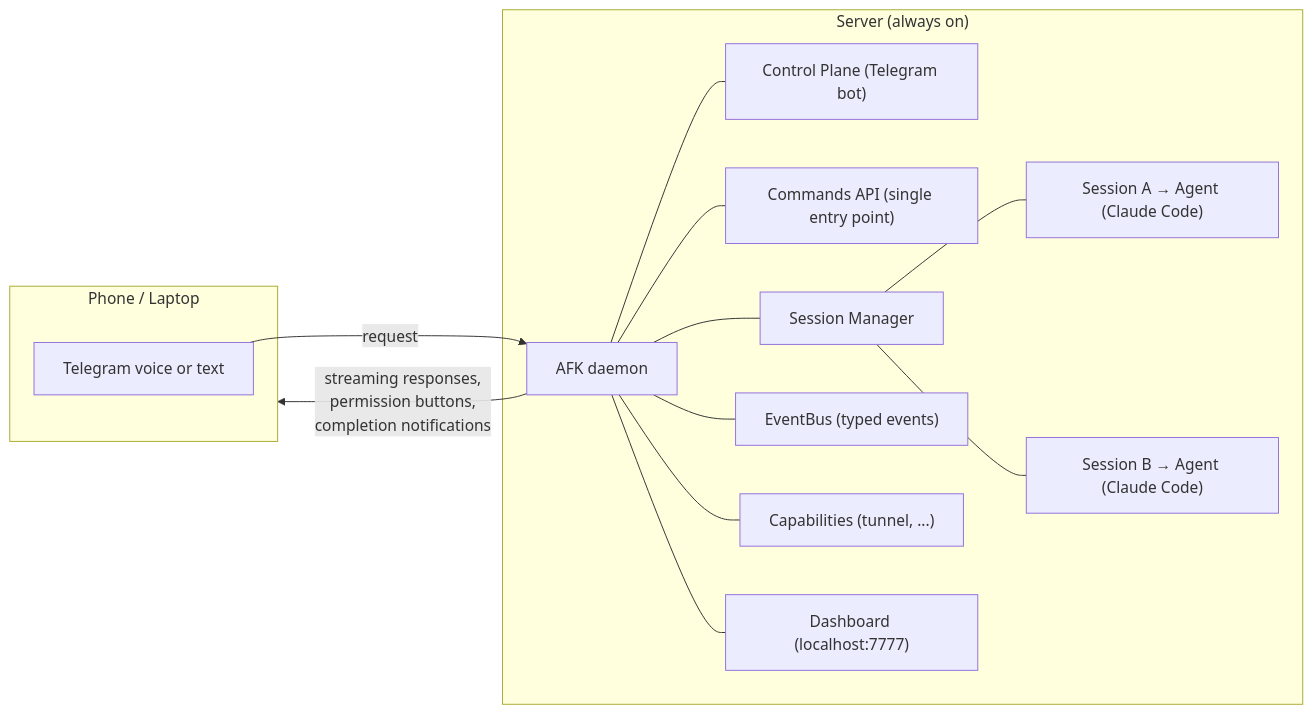
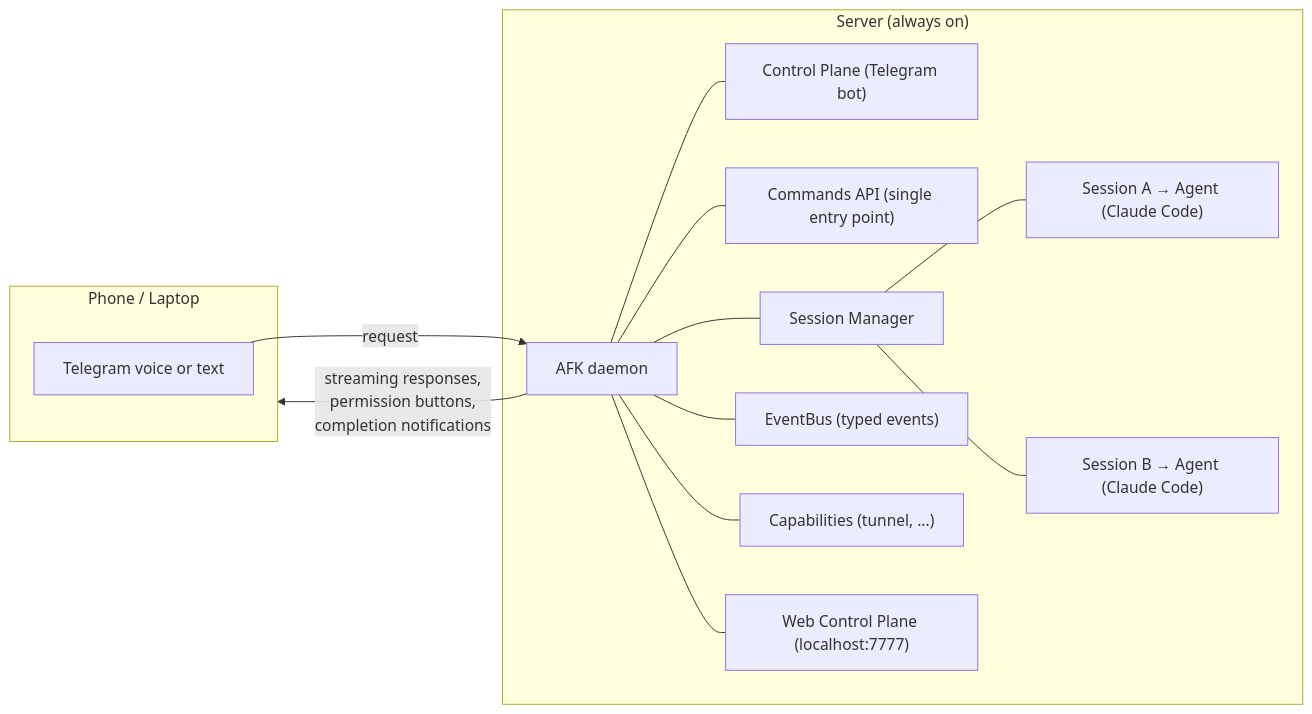
One commit to Donghh0221/afk changed the diagram in README.md. Above: the diagram before and after it, drawn with Mermaid. The commit also changed other lines of this file and 4 other files, not shown here.

````diff
--- a/README.md
+++ b/README.md
@@ -21,24 +21,24 @@
 ```mermaid
 graph LR
     subgraph Client["Phone / Laptop"]
         Input["Telegram voice or text"]
     end
 
     subgraph Server["Server (always on)"]
         Daemon["AFK daemon"]
         CP["Control Plane (Telegram bot)"]
         API["Commands API (single entry point)"]
         SM["Session Manager"]
         SesA["Session A → Agent (Claude Code)"]
         SesB["Session B → Agent (Claude Code)"]
         EB["EventBus (typed events)"]
         Cap["Capabilities (tunnel, ...)"]
-        Dash["Dashboard (localhost:7777)"]
+        Web["Web Control Plane (localhost:7777)"]
 
-        Daemon --- CP & API & SM & EB & Cap & Dash
+        Daemon --- CP & API & SM & EB & Cap & Web
         SM --- SesA & SesB
     end
 
     Input -->|request| Daemon
     Daemon -->|"streaming responses,\npermission buttons,\ncompletion notifications"| Client
 ```
````
